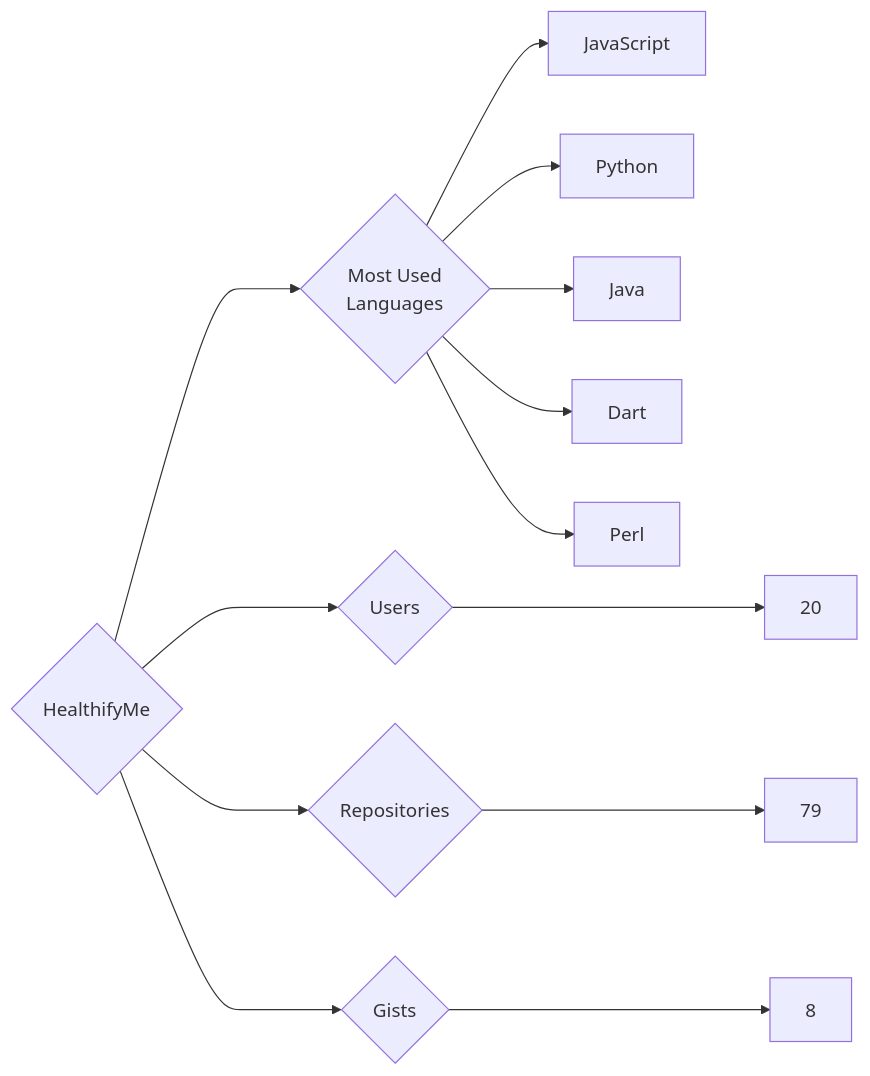
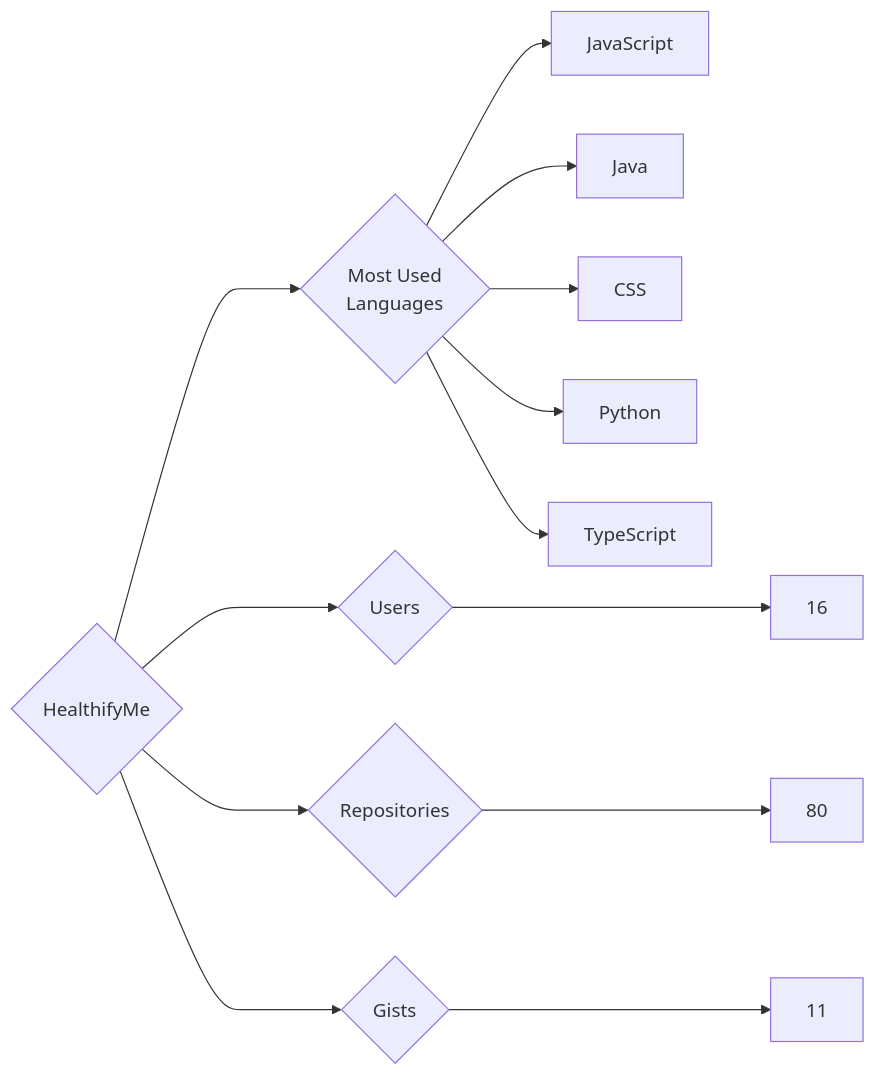
Before and after one commit to trickest/insiders: the diagram in targets/HealthifyMe/README.md, drawn with Mermaid. The commit also changed 681 other files, not shown here.

````diff
--- a/targets/HealthifyMe/README.md
+++ b/targets/HealthifyMe/README.md
@@ -3,13 +3,13 @@
 ```mermaid
 graph LR
 COMPANY_NAME{HealthifyMe}
-COMPANY_NAME ---> U{Users} ---> UN[20]
-COMPANY_NAME ---> R{Repositories} ---> RN[79]
-COMPANY_NAME ---> G{Gists} ---> GN[8]
+COMPANY_NAME ---> U{Users} ---> UN[16]
+COMPANY_NAME ---> R{Repositories} ---> RN[80]
+COMPANY_NAME ---> G{Gists} ---> GN[11]
 COMPANY_NAME ---> ML{Most Used<br>Languages}
 ML --> JavaScript[JavaScript]
+ML --> Java[Java]
+ML --> CSS[CSS]
 ML --> Python[Python]
-ML --> Java[Java]
-ML --> Dart[Dart]
-ML --> Perl[Perl]
+ML --> TypeScript[TypeScript]
 ```
````
